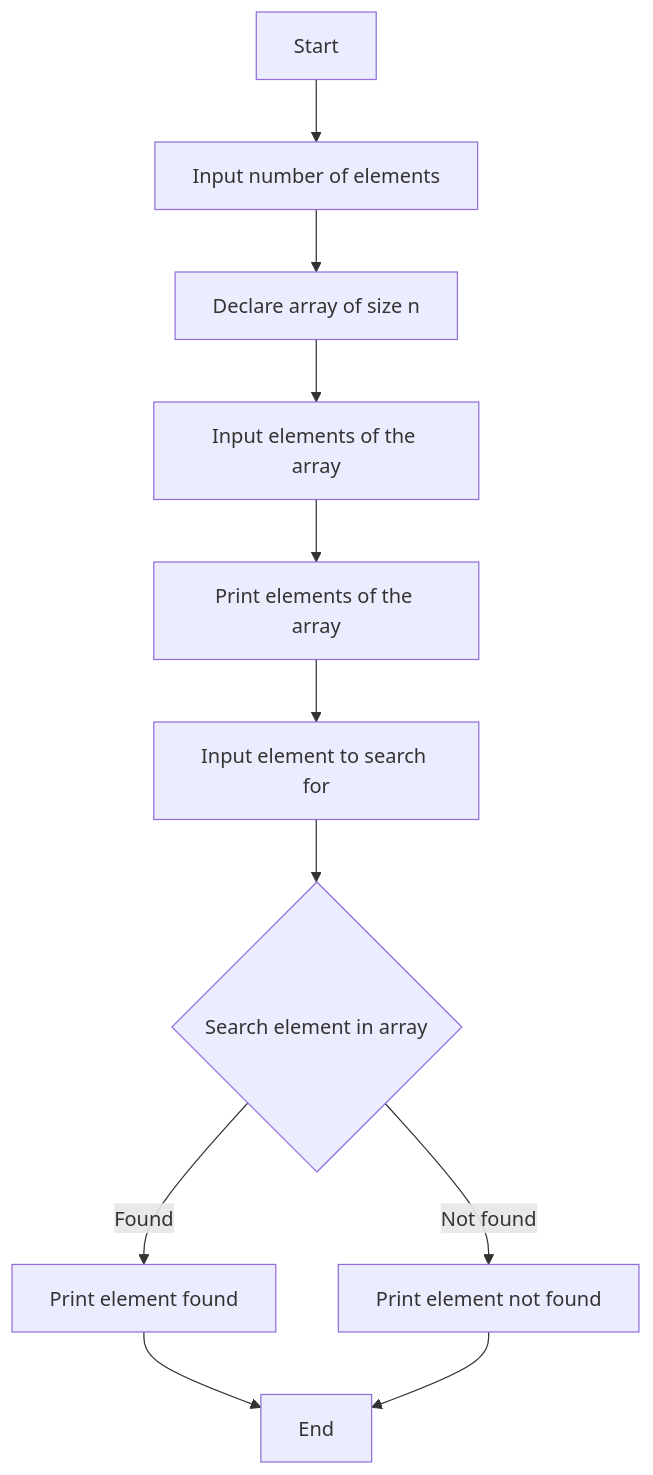
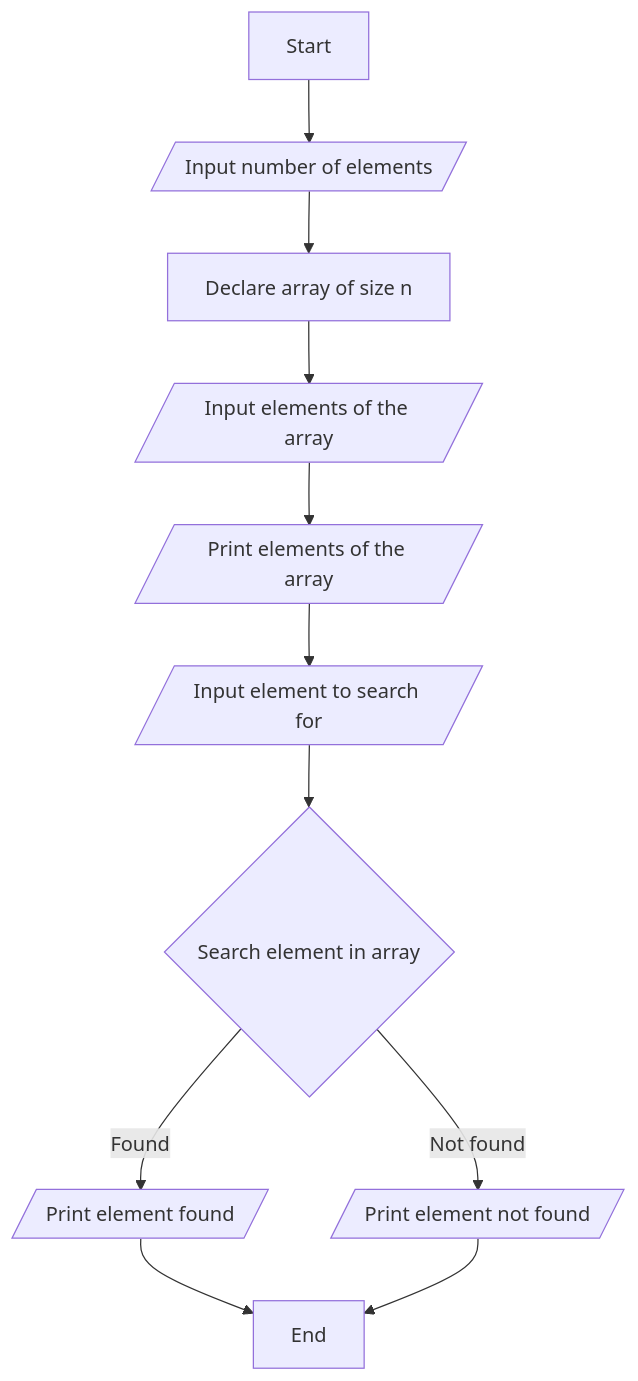
One commit to P7XCKD/NF changed the diagram in Notes Factory/Semister 3/DS/practical/p1.md. Above: the diagram before and after it, drawn with Mermaid. The commit also changed other lines of this file, not shown here.

Commit message:
create/update 'p1.md' file

````diff
--- a/Notes Factory/Semister 3/DS/practical/p1.md
+++ b/Notes Factory/Semister 3/DS/practical/p1.md
@@ -2,15 +3,15 @@
 ```mermaid
 flowchart TD
-    A[Start] --> B[Input number of elements]
+    A[Start] --> B[/Input number of elements/]
     B --> C[Declare array of size n]
-    C --> D[Input elements of the array]
-    D --> E[Print elements of the array]
-    E --> F[Input element to search for]
+    C --> D[/Input elements of the array/]
+    D --> E[/Print elements of the array/]
+    E --> F[/Input element to search for/]
     F --> G{Search element in array}
-    G -->|Found| H[Print element found]
-    G -->|Not found| I[Print element not found]
+    G -->|Found| H[/Print element found/]
+    G -->|Not found| I[/Print element not found/]
     H --> J[End]
     I --> J[End]
 
 
 ```
````
